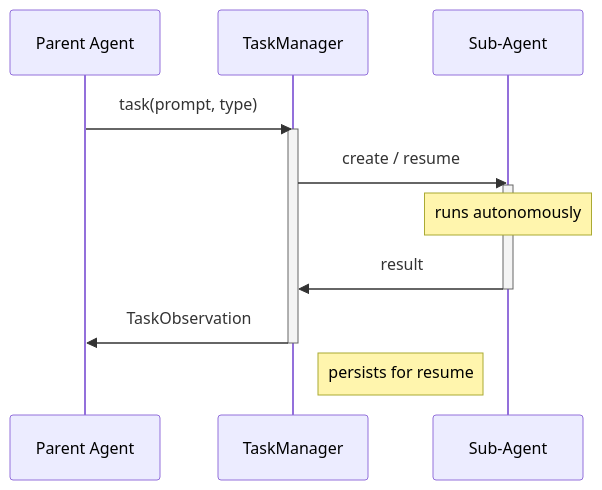
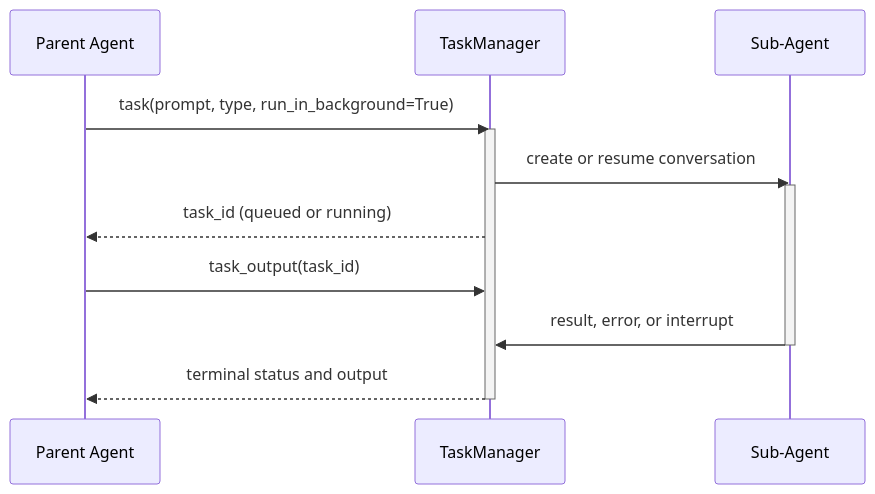
One commit to OpenHands/docs changed the diagram in sdk/guides/task-tool-set.mdx. Above: the diagram before and after it, drawn with Mermaid. The commit also changed other lines of this file, not shown here.

Commit message:
docs(sdk): document TaskToolSet background tasks

````diff
--- a/sdk/guides/task-tool-set.mdx
+++ b/sdk/guides/task-tool-set.mdx
@@ -103,17 +94,17 @@
 ```mermaid
 sequenceDiagram
     participant P as Parent Agent
     participant T as TaskManager
     participant S as Sub-Agent
 
-    P->>T: task(prompt, type)
+    P->>T: task(prompt, type, run_in_background=True)
     activate T
-    T->>S: create / resume
+    T->>S: create or resume conversation
     activate S
-    Note over S: runs autonomously
-    S->>T: result
+    T-->>P: task_id (queued or running)
+    P->>T: task_output(task_id)
+    S->>T: result, error, or interrupt
     deactivate S
-    T->>P: TaskObservation
+    T-->>P: terminal status and output
     deactivate T
-    Note right of T: persists for resume
 ```
````
